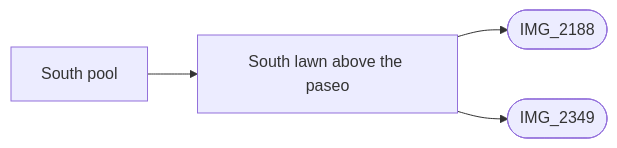
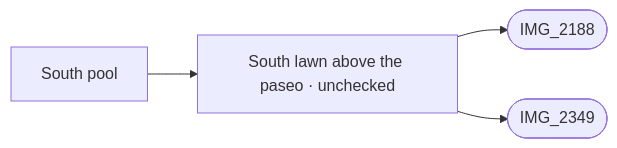
The diagram in refs/areas/south-pool.md (daveyboyc/villacana-venture), drawn with Mermaid before and after one commit. The commit also changed other lines of this file and 47 other files, not shown here.

````diff
--- a/refs/areas/south-pool.md
+++ b/refs/areas/south-pool.md
@@ -33,7 +33,7 @@
 ```mermaid
 graph LR
   A["South pool"]
-  A --> F0["South lawn above the paseo"]
+  A --> F0["South lawn above the paseo · unchecked"]
   F0 --> PIMG_2188_jpg(["IMG_2188"])
   F0 --> PIMG_2349_jpg(["IMG_2349"])
 ```
````
